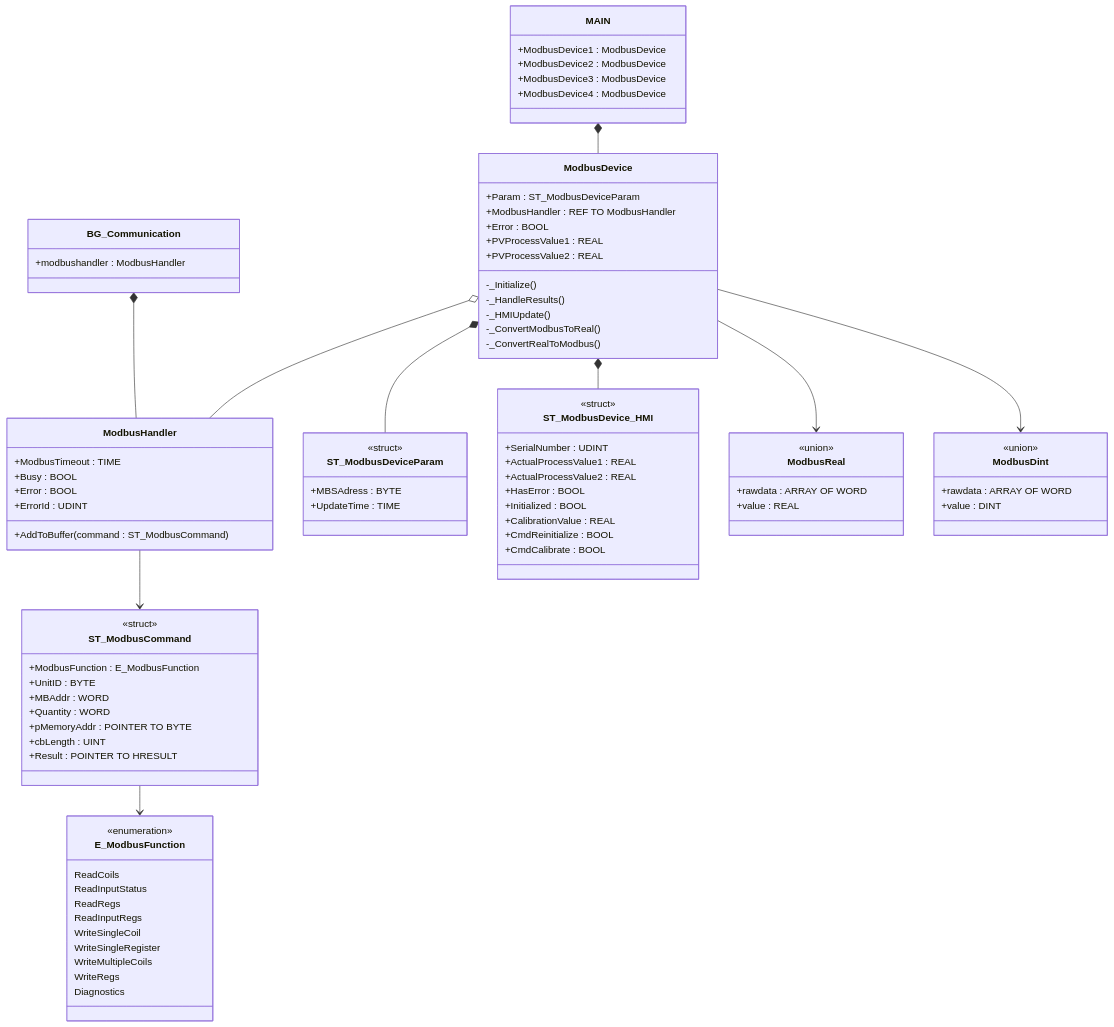
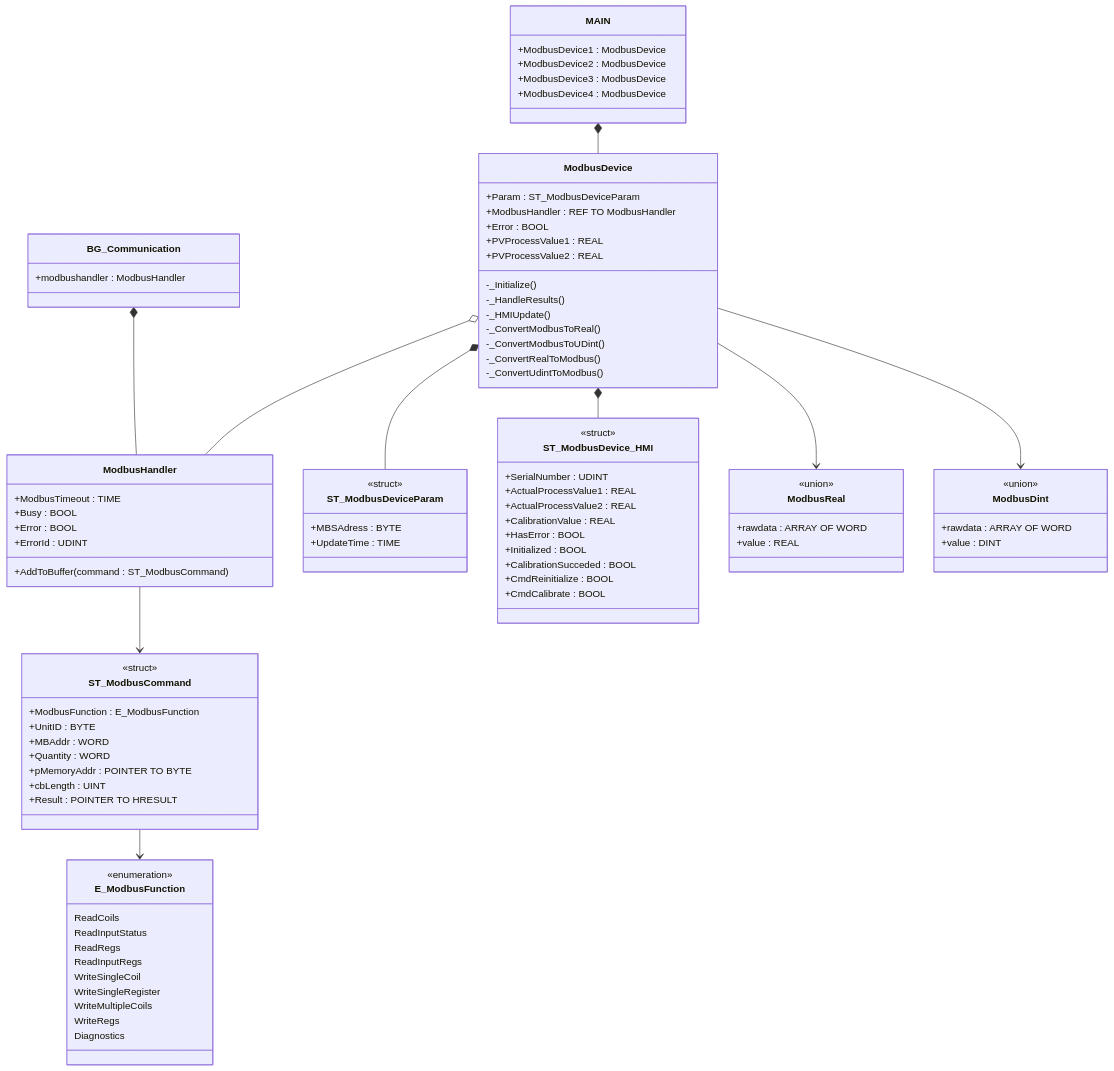
Before and after one commit to Beckhoff-Belgium/Sample-PLC-ModbusRTUHandler: the diagram in README.md, drawn with Mermaid. The commit also changed other lines of this file, not shown here.

```diff
--- a/README.md
+++ b/README.md
@@ -197,7 +197,9 @@
         -_HandleResults()
         -_HMIUpdate()
         -_ConvertModbusToReal()
+        -_ConvertModbusToUDint()
         -_ConvertRealToModbus()
+        -_ConvertUdintToModbus()
     }
     class ST_ModbusCommand {
         <<struct>>
@@ -231,9 +233,10 @@
         +SerialNumber : UDINT
         +ActualProcessValue1 : REAL
         +ActualProcessValue2 : REAL
+        +CalibrationValue : REAL
         +HasError : BOOL
         +Initialized : BOOL
-        +CalibrationValue : REAL
+        +CalibrationSucceded : BOOL
         +CmdReinitialize : BOOL
         +CmdCalibrate : BOOL
     }
```
